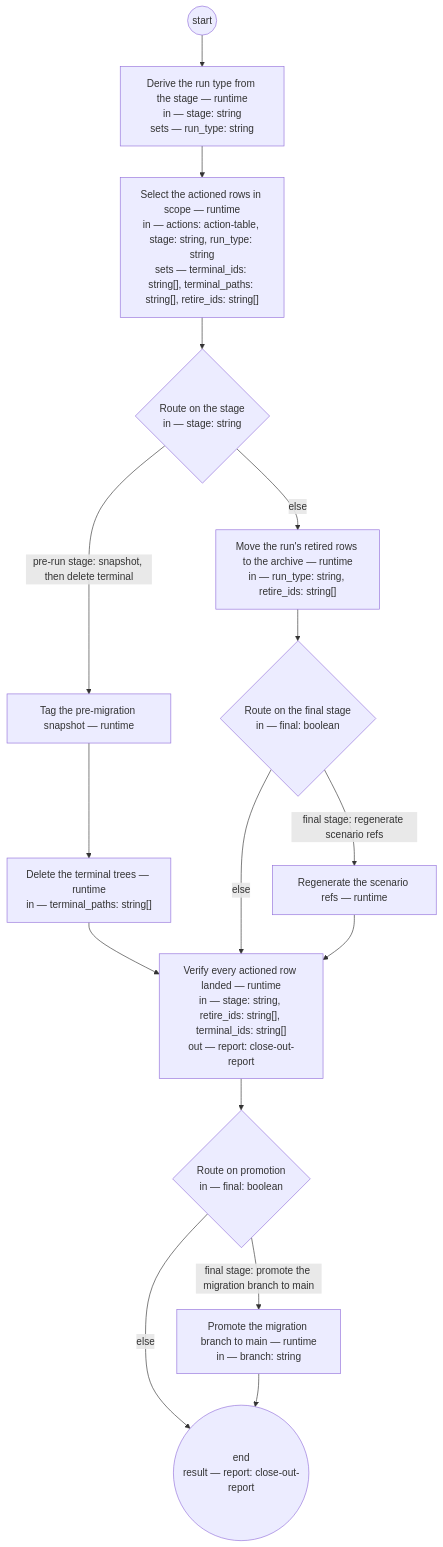
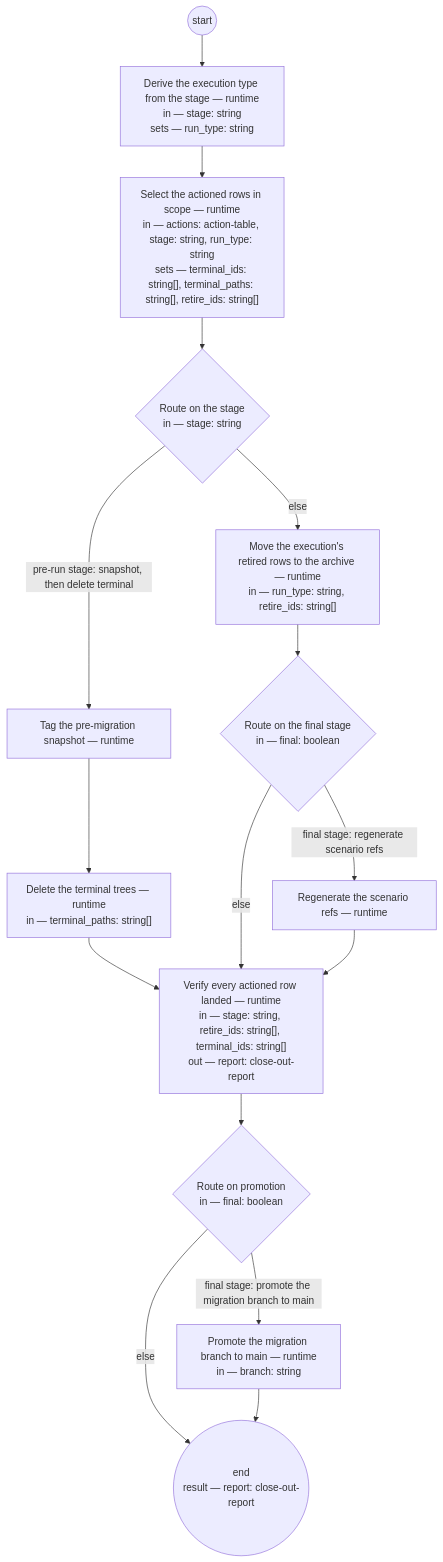
The diagram in .claude/skills/corpus-close-out/SKILL.md (dstengle/shopsystem-product), drawn with Mermaid before and after one commit. The commit also changed other lines of this file and 73 other files, not shown here.

````diff
--- a/.claude/skills/corpus-close-out/SKILL.md
+++ b/.claude/skills/corpus-close-out/SKILL.md
@@ -28,30 +28,30 @@
 ```mermaid
 flowchart TD
-  derive_run_type["Derive the run type from the stage — runtime<br/>in — stage: string<br/>sets — run_type: string"]
+  derive_run_type["Derive the execution type from the stage — runtime<br/>in — stage: string<br/>sets — run_type: string"]
   select_rows["Select the actioned rows in scope — runtime<br/>in — actions: action-table, stage: string, run_type: string<br/>sets — terminal_ids: string[], terminal_paths: string[], retire_ids: string[]"]
   route_stage{"Route on the stage<br/>in — stage: string"}
   snapshot_tag["Tag the pre-migration snapshot — runtime"]
   delete_terminal["Delete the terminal trees — runtime<br/>in — terminal_paths: string[]"]
-  archive_retire["Move the run's retired rows to the archive — runtime<br/>in — run_type: string, retire_ids: string[]"]
+  archive_retire["Move the execution's retired rows to the archive — runtime<br/>in — run_type: string, retire_ids: string[]"]
   route_final{"Route on the final stage<br/>in — final: boolean"}
   regen_scenario_refs["Regenerate the scenario refs — runtime"]
   post_check["Verify every actioned row landed — runtime<br/>in — stage: string, retire_ids: string[], terminal_ids: string[]<br/>out — report: close-out-report"]
   route_promote{"Route on promotion<br/>in — final: boolean"}
   promote_branch["Promote the migration branch to main — runtime<br/>in — branch: string"]
   __end(("end<br/>result — report: close-out-report"))
   __start(("start")) --> derive_run_type
   derive_run_type --> select_rows
   select_rows --> route_stage
   route_stage -->|pre-run stage: snapshot, then delete terminal| snapshot_tag
   route_stage -->|else| archive_retire
   snapshot_tag --> delete_terminal
   delete_terminal --> post_check
   archive_retire --> route_final
   route_final -->|final stage: regenerate scenario refs| regen_scenario_refs
   route_final -->|else| post_check
   regen_scenario_refs --> post_check
   post_check --> route_promote
   route_promote -->|final stage: promote the migration branch to main| promote_branch
   route_promote -->|else| __end
   promote_branch --> __end
 ```
````
